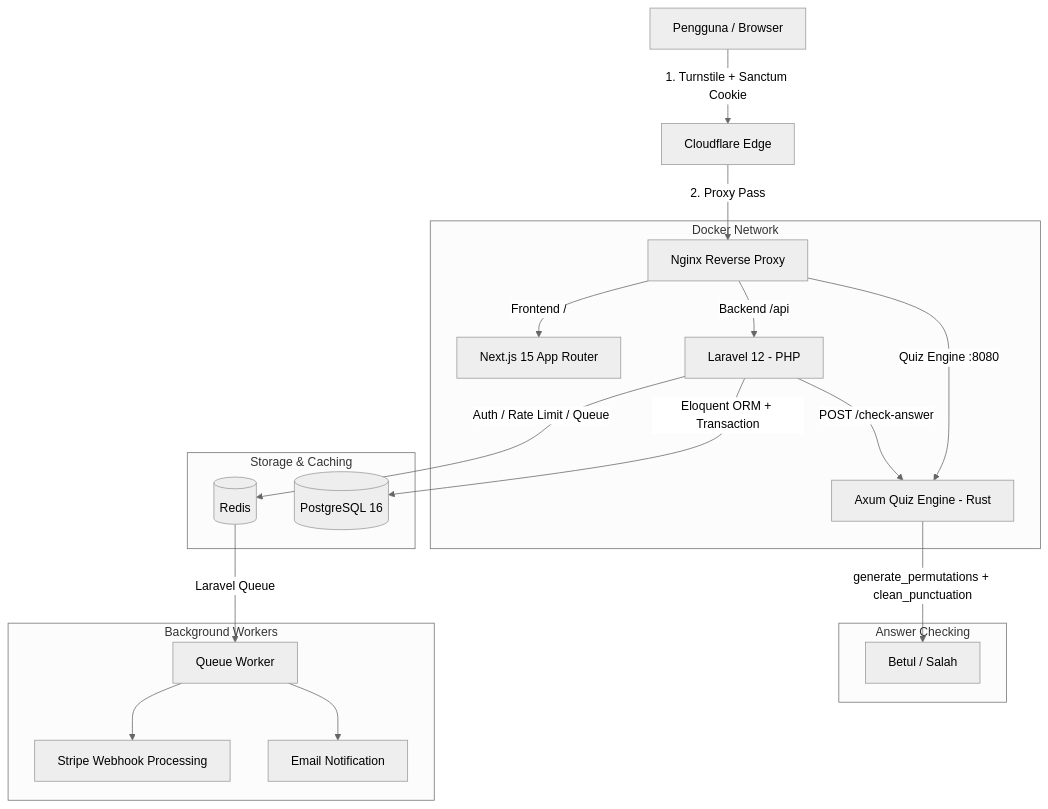
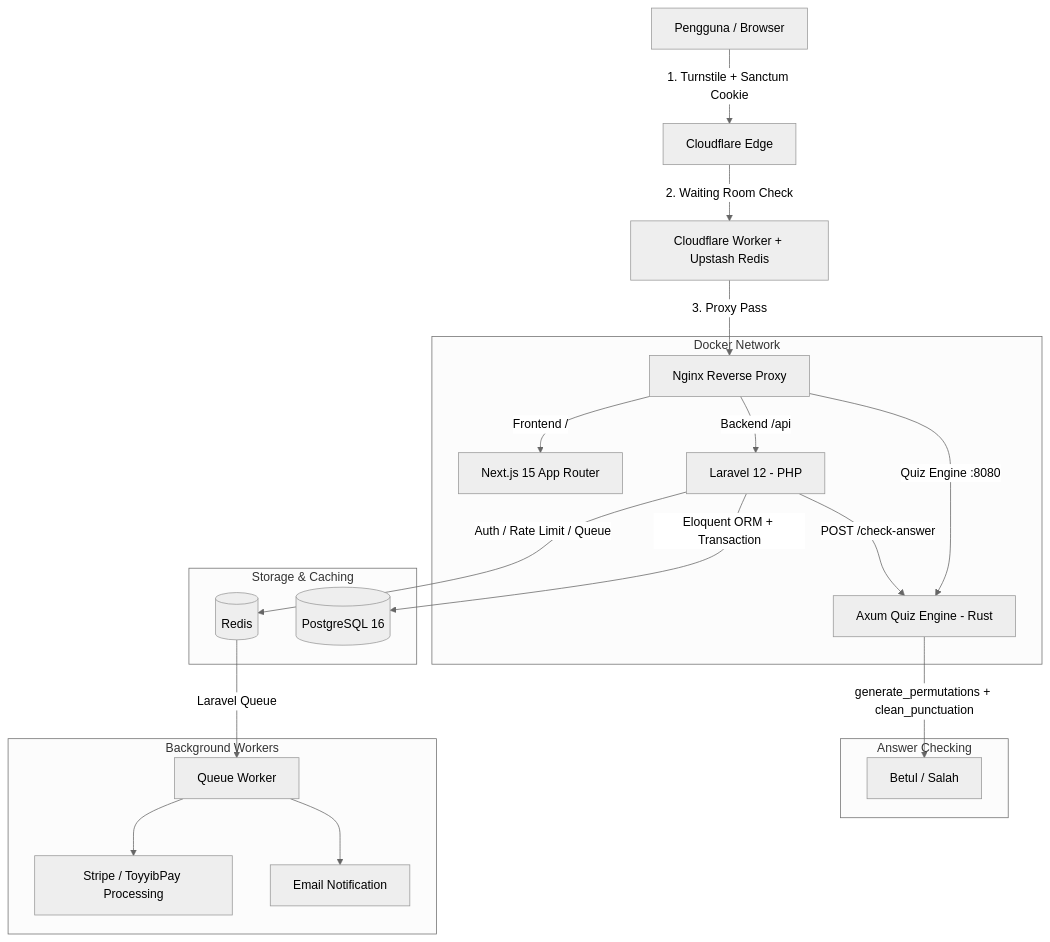
One commit to muhammadkmal27/vocabulary changed the first of 3 diagrams in prompt_planning.md. Above: the diagram before and after it, drawn with Mermaid (neutral theme). The commit also changed 1 other file, not shown here.

Commit message:
docs: add waiting room and toyyibpay to system architecture

````diff
--- a/prompt_planning.md
+++ b/prompt_planning.md
@@ -94,27 +94,28 @@
 ```mermaid
 graph TD
     Client[Pengguna / Browser] -->|1. Turnstile + Sanctum Cookie| CF[Cloudflare Edge]
-    CF -->|2. Proxy Pass| Nginx[Nginx Reverse Proxy]
+    CF -->|2. Waiting Room Check| CFWorker[Cloudflare Worker + Upstash Redis]
+    CFWorker -->|3. Proxy Pass| Nginx[Nginx Reverse Proxy]
 
     subgraph Docker Network
         Nginx -->|Frontend /| NextJS[Next.js 15 App Router]
         Nginx -->|Backend /api| Laravel[Laravel 12 - PHP]
         Nginx -->|Quiz Engine :8080| Rust[Axum Quiz Engine - Rust]
     end
 
     subgraph Storage & Caching
         Laravel -->|Auth / Rate Limit / Queue| Redis[(Redis)]
         Laravel -->|Eloquent ORM + Transaction| Postgres[(PostgreSQL 16)]
     end
 
     subgraph Answer Checking
         Laravel -->|POST /check-answer| Rust
         Rust -->|generate_permutations + clean_punctuation| Result[Betul / Salah]
     end
 
     subgraph Background Workers
         Redis -->|Laravel Queue| Worker[Queue Worker]
-        Worker --> Stripe[Stripe Webhook Processing]
+        Worker --> Payment[Stripe / ToyyibPay Processing]
         Worker --> SMTP[Email Notification]
     end
 ```
````
